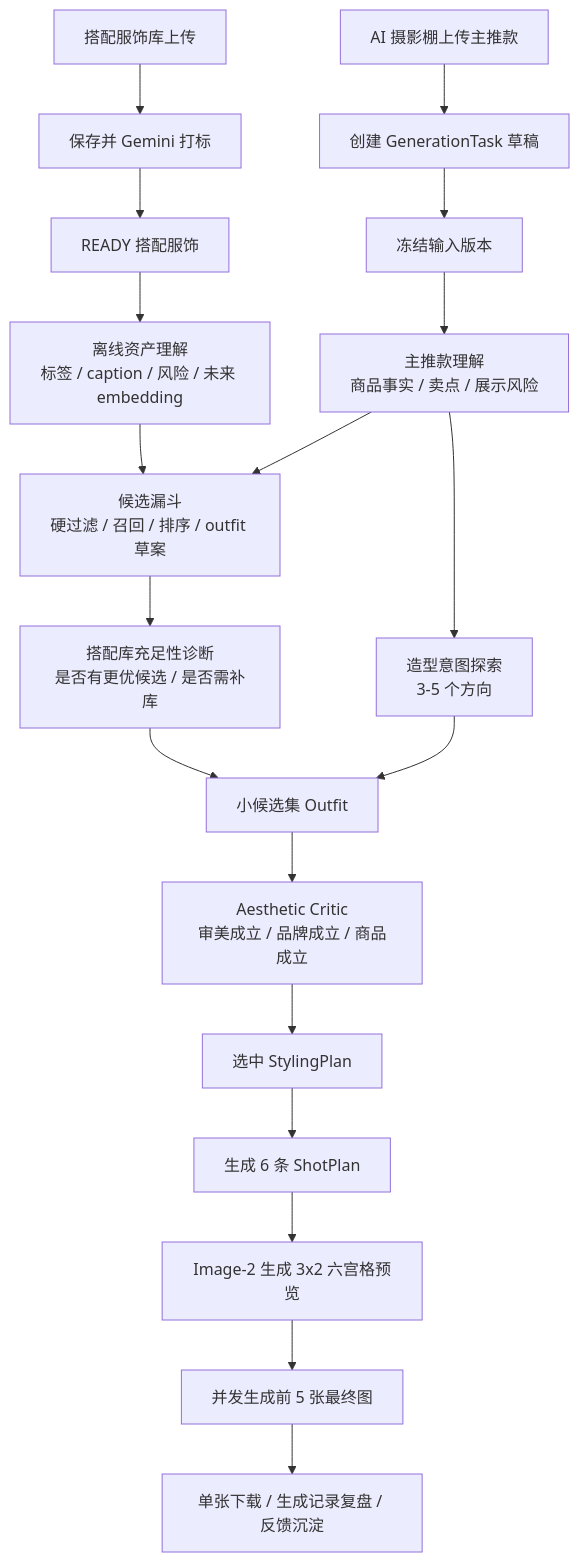
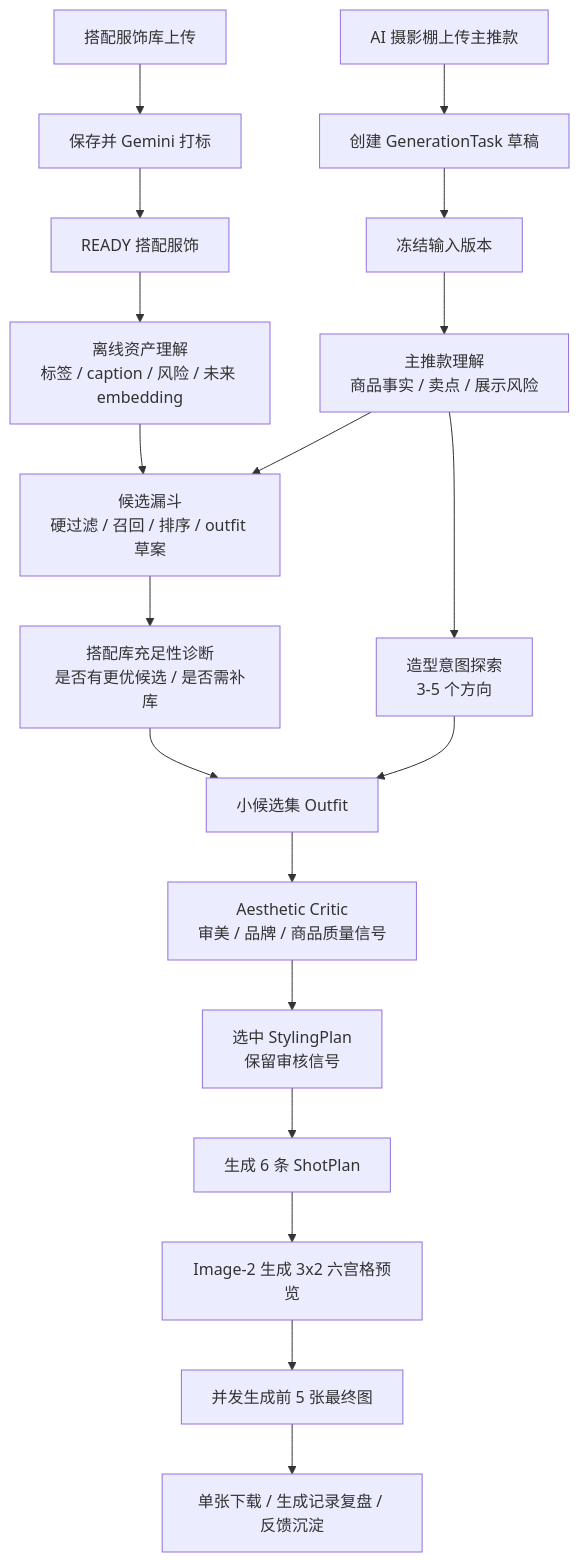
One commit to happyvchen/ruyi-dream changed the diagram in design/01_generation_flow/generation_flow.md. Above: the diagram before and after it, drawn with Mermaid. The commit also changed other lines of this file and 17 other files, not shown here.

````diff
--- a/design/01_generation_flow/generation_flow.md
+++ b/design/01_generation_flow/generation_flow.md
@@ -7,21 +7,21 @@
 ```mermaid
 flowchart TD
   A["搭配服饰库上传"] --> B["保存并 Gemini 打标"]
   B --> C["READY 搭配服饰"]
   D["AI 摄影棚上传主推款"] --> E["创建 GenerationTask 草稿"]
   E --> F["冻结输入版本"]
   C --> Q["离线资产理解<br/>标签 / caption / 风险 / 未来 embedding"]
   F --> H["主推款理解<br/>商品事实 / 卖点 / 展示风险"]
   Q --> G["候选漏斗<br/>硬过滤 / 召回 / 排序 / outfit 草案"]
   H --> G
   H --> I["造型意图探索<br/>3-5 个方向"]
   G --> R["搭配库充足性诊断<br/>是否有更优候选 / 是否需补库"]
   R --> J["小候选集 Outfit"]
   I --> J
-  J --> K["Aesthetic Critic<br/>审美成立 / 品牌成立 / 商品成立"]
-  K --> L["选中 StylingPlan"]
+  J --> K["Aesthetic Critic<br/>审美 / 品牌 / 商品质量信号"]
+  K --> L["选中 StylingPlan<br/>保留审核信号"]
   L --> M["生成 6 条 ShotPlan"]
   M --> N["Image-2 生成 3x2 六宫格预览"]
   N --> O["并发生成前 5 张最终图"]
   O --> P["单张下载 / 生成记录复盘 / 反馈沉淀"]
 ```
````
